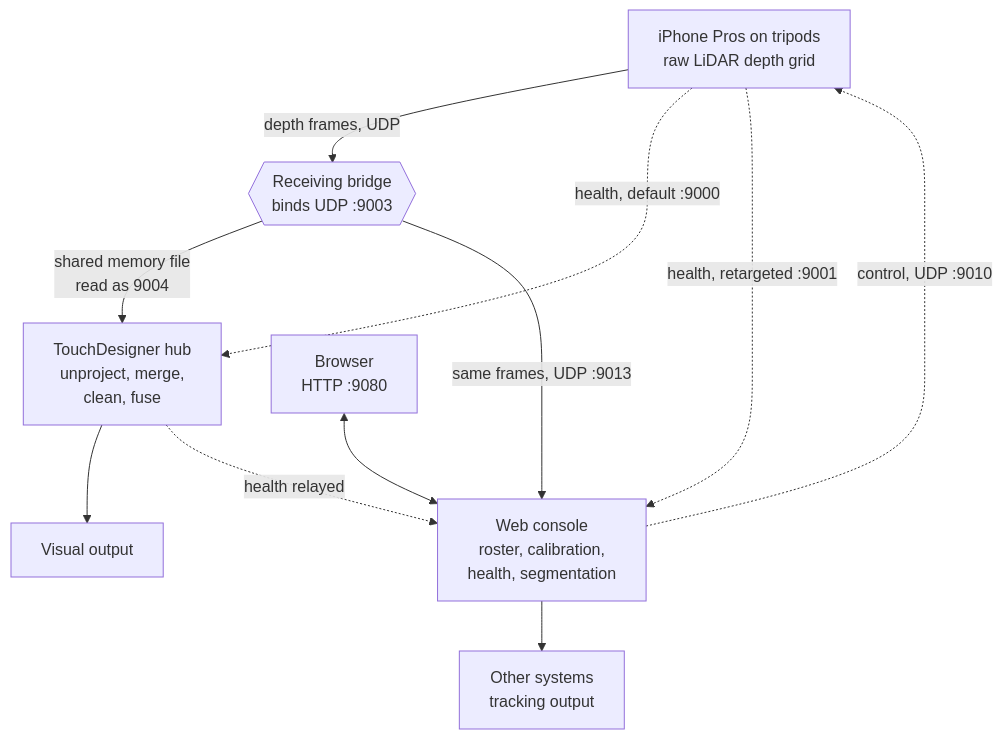
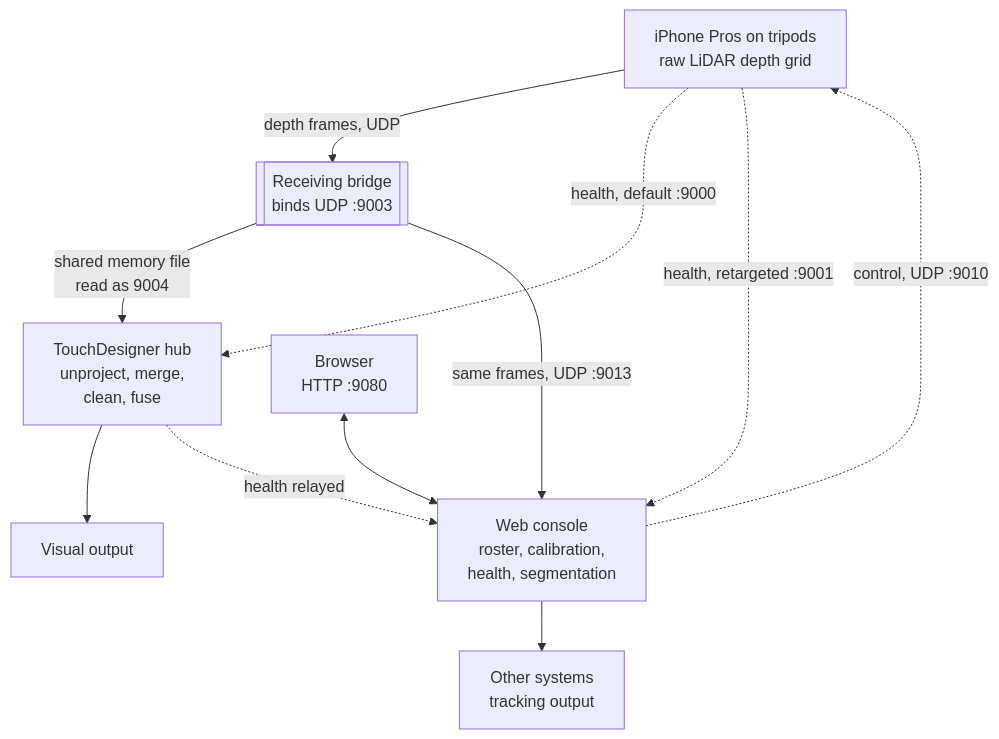
The diagram in index.md (AristidesAI/TDStage-Docs), drawn with Mermaid before and after one commit. The commit also changed 5 other files, not shown here.

First line of the commit message:
Two silent diagram failures, and a check so they cannot come back

````diff
--- a/index.md
+++ b/index.md
@@ -17,21 +17,21 @@
 ```mermaid
 flowchart TD
   PH["iPhone Pros on tripods<br/>raw LiDAR depth grid"]
-  BR{{"Receiving bridge<br/>binds UDP :9003"}}
+  BR[["Receiving bridge<br/>binds UDP :9003"]]
   TD["TouchDesigner hub<br/>unproject, merge,<br/>clean, fuse"]
   CON["Web console<br/>roster, calibration,<br/>health, segmentation"]
   VIS["Visual output"]
   OUT["Other systems<br/>tracking output"]
   BROW["Browser<br/>HTTP :9080"]
 
   PH -- "depth frames, UDP" --> BR
   BR -- "shared memory file<br/>read as 9004" --> TD
   BR -- "same frames, UDP :9013" --> CON
   TD --> VIS
   CON --> OUT
   BROW <--> CON
   PH -. "health, default :9000" .-> TD
   TD -. "health relayed" .-> CON
   PH -. "health, retargeted :9001" .-> CON
   CON -. "control, UDP :9010" .-> PH
 ```
````
